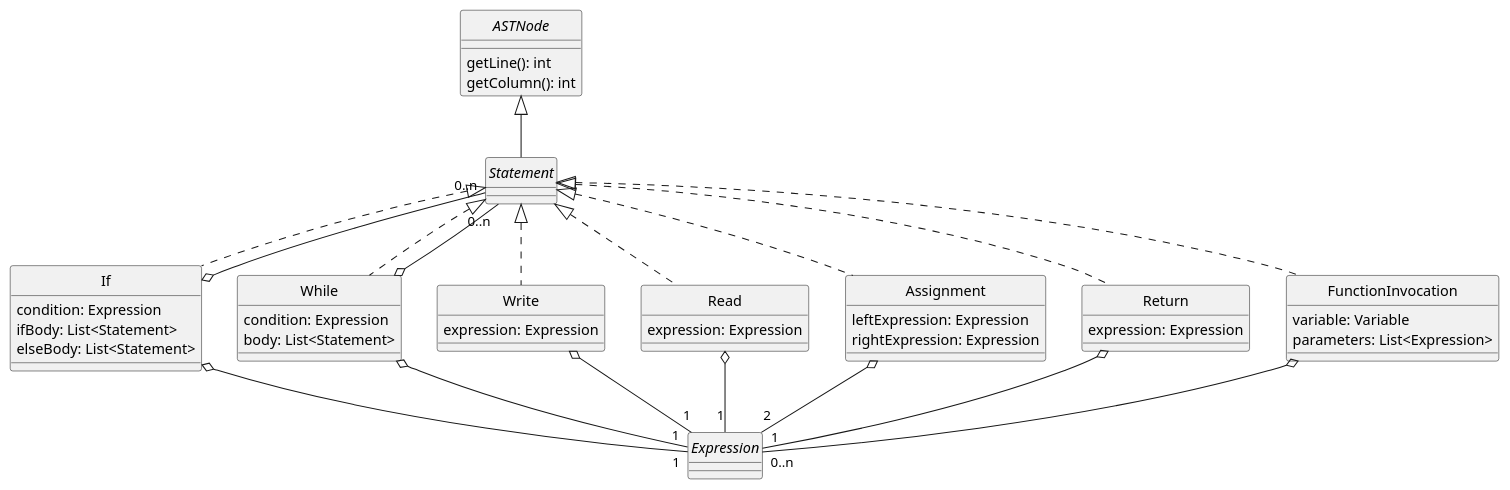
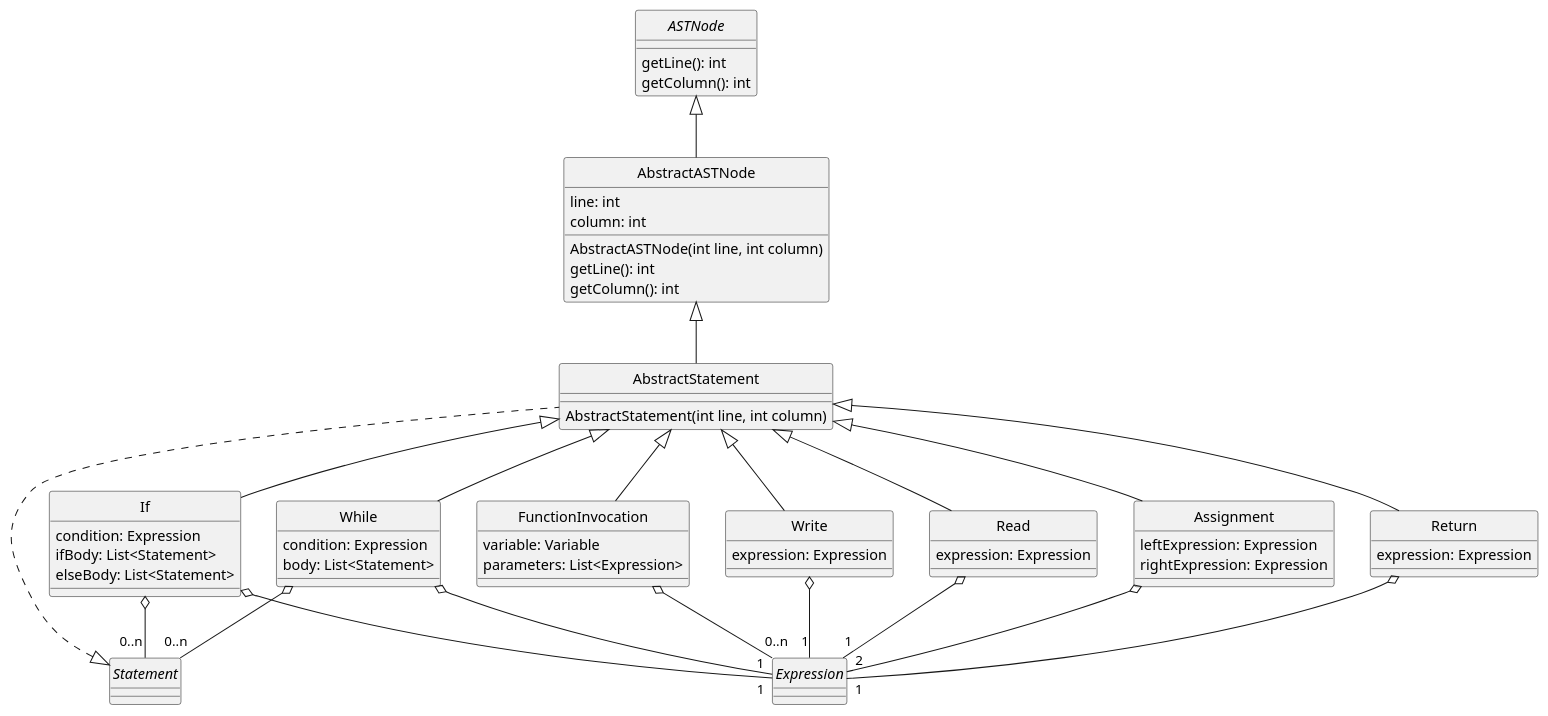
The diagram in docs/diagrams/statements.plantuml (Diecaal/Elixir-Compiler), drawn with PlantUML before and after one commit. The commit also changed 1 other file, not shown here.

Commit message:
Abstract Statement

```diff
--- a/docs/diagrams/statements.plantuml
+++ b/docs/diagrams/statements.plantuml
@@ -1,69 +1,87 @@
 @startuml Statements
 skinparam style strictuml
 skinparam monochrome true
 
 
 interface ASTNode {
     getLine(): int
     getColumn(): int
 }
 
+class AbstractASTNode {
+    AbstractASTNode(int line, int column)
+    getLine(): int
+    getColumn(): int
+    line: int
+    column: int
+}
+
 interface Statement
+
+class AbstractStatement {
+    AbstractStatement(int line, int column)
+}
+
 interface Expression
 
 class If {
     condition: Expression
     ifBody: List<Statement>
     elseBody: List<Statement>
 }
 
 class While {
     condition: Expression
     body: List<Statement>
 }
 
 class Write {
     expression: Expression
 }
 
 class Read {
     expression: Expression
 }
 
 class Assignment {
     leftExpression: Expression
     rightExpression: Expression
 }
 
 class Return {
     expression: Expression
 }
 
 class FunctionInvocation {
     variable: Variable
     parameters: List<Expression>
 }
 
-ASTNode <|-- Statement
-Statement <|.. If
-Statement <|.. While
-Statement <|.. Write
-Statement <|.. Read
-Statement <|.. Assignment
-Statement <|.. Return
-Statement <|.. FunctionInvocation
+ASTNode <|-- AbstractASTNode
+
+AbstractASTNode <|-- AbstractStatement
+
+Statement <|.. AbstractStatement
+
+AbstractStatement <|-- If
+AbstractStatement <|-- While
+AbstractStatement <|-- Write
+AbstractStatement <|-- Read
+AbstractStatement <|-- Assignment
+AbstractStatement <|-- Return
+AbstractStatement <|-- FunctionInvocation
 
 If o-- "1" Expression
 While o-- "1" Expression
 Write o-- "1" Expression
 Read o-- "1" Expression
 Return o-- "1" Expression
 Assignment o-- "2" Expression
 FunctionInvocation o-- "0..n" Expression
 
 If o-- "0..n" Statement
 While o-- "0..n" Statement
 
 
 
 @enduml
```
